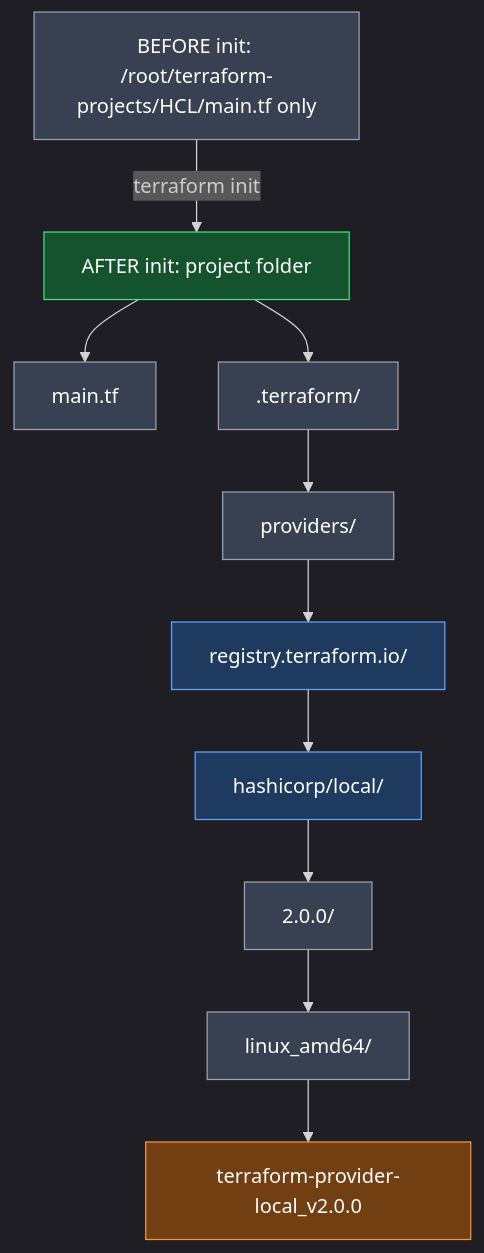
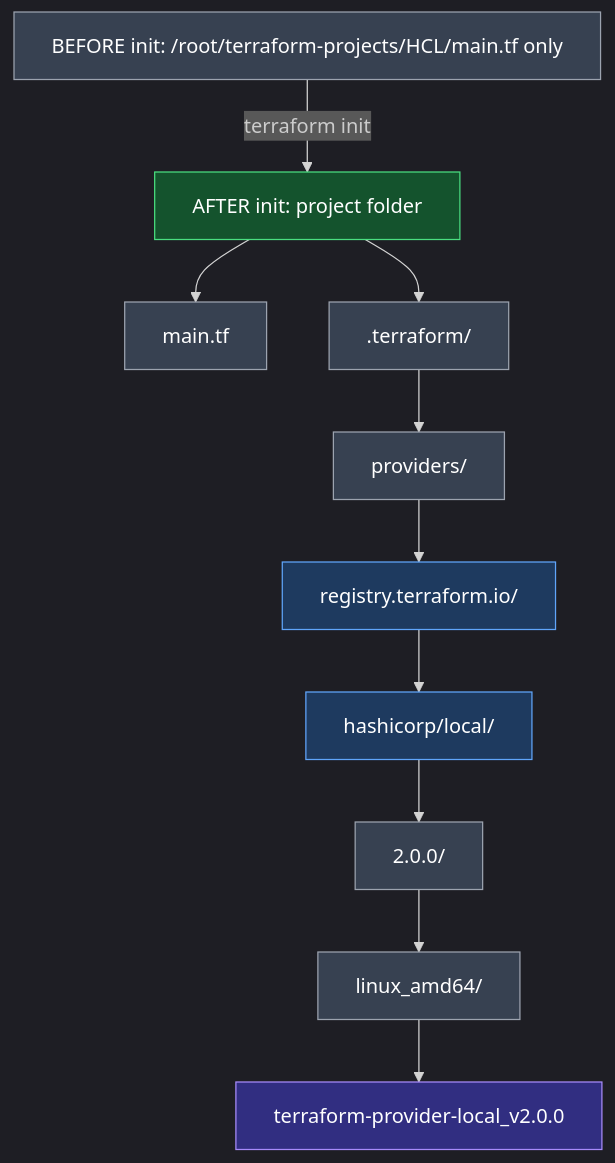
One commit to nirajp82/Terraform_Basics changed the seventh of 9 diagrams in 04_Core_Terraform_Basics/01_Terraform_Provider.md. Above: the diagram before and after it, drawn with Mermaid. The commit also changed other lines of this file and 2 other files, not shown here.

Commit message:
Update Diagram

````diff
--- a/04_Core_Terraform_Basics/01_Terraform_Provider.md
+++ b/04_Core_Terraform_Basics/01_Terraform_Provider.md
@@ -229,25 +229,25 @@
 ```mermaid
-%%{init: {'theme': 'dark'}}%%
+%%{init: {'theme': 'dark', 'flowchart': {'htmlLabels': true}}}%%
 flowchart TD
-    B1["BEFORE init: /root/terraform-projects/HCL/main.tf only"]
+    B1["<div style='white-space:nowrap'>BEFORE init: /root/terraform-projects/HCL/main.tf only</div>"]
     B1 -->|"terraform init"| A1["AFTER init: project folder"]
     A1 --> A2["main.tf"]
     A1 --> A3[".terraform/"]
     A3 --> A4["providers/"]
     A4 --> A5["registry.terraform.io/"]
     A5 --> A6["hashicorp/local/"]
     A6 --> A7["2.0.0/"]
     A7 --> A8["linux_amd64/"]
-    A8 --> A9["terraform-provider-local_v2.0.0"]
+    A8 --> A9["<div style='white-space:nowrap'>terraform-provider-local_v2.0.0</div>"]
 
     style B1 fill:#374151,stroke:#9ca3af,color:#ffffff
     style A1 fill:#14532d,stroke:#4ade80,color:#ffffff
     style A2 fill:#374151,stroke:#9ca3af,color:#ffffff
     style A3 fill:#374151,stroke:#9ca3af,color:#ffffff
     style A4 fill:#374151,stroke:#9ca3af,color:#ffffff
     style A5 fill:#1e3a5f,stroke:#60a5fa,color:#ffffff
     style A6 fill:#1e3a5f,stroke:#60a5fa,color:#ffffff
     style A7 fill:#374151,stroke:#9ca3af,color:#ffffff
     style A8 fill:#374151,stroke:#9ca3af,color:#ffffff
-    style A9 fill:#713f12,stroke:#fb923c,color:#ffffff
+    style A9 fill:#312e81,stroke:#a78bfa,color:#ffffff
 ```
````
